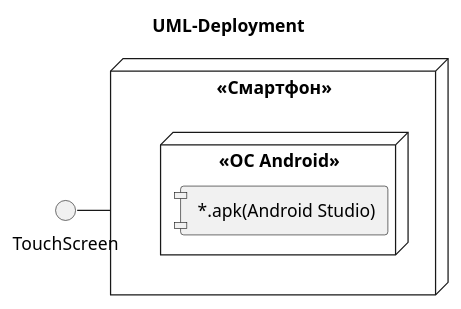
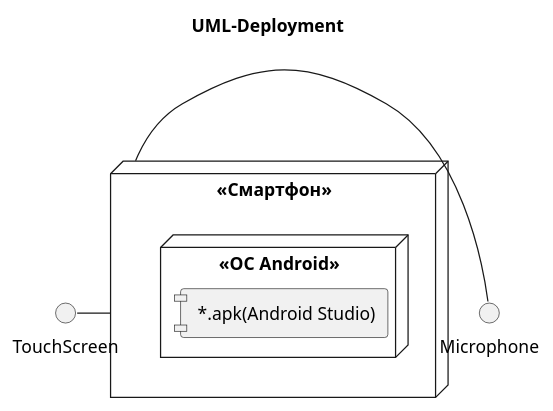
The diagram in 2-SoftwareDesign/2.7-PlantUML/UML-Deployment.puml (oleksandrblazhko/ai-215-smolkin), drawn with PlantUML before and after one commit.

Commit message:
smolkin lab7

```diff
--- a/2-SoftwareDesign/2.7-PlantUML/UML-Deployment.puml
+++ b/2-SoftwareDesign/2.7-PlantUML/UML-Deployment.puml
@@ -1,19 +1,21 @@
 @startuml
 
 title UML-Deployment
 
 skinparam componentStyle uml1
 
 node "<<Смартфон>>" as phone {
 
 	node "<<OC Android>>" {
 		component [ *.apk(Android Studio)]
 	}
 
 }
 
 interface TouchScreen
+interface Microphone
 
 TouchScreen - phone
+Microphone - phone
 
 @enduml
```
